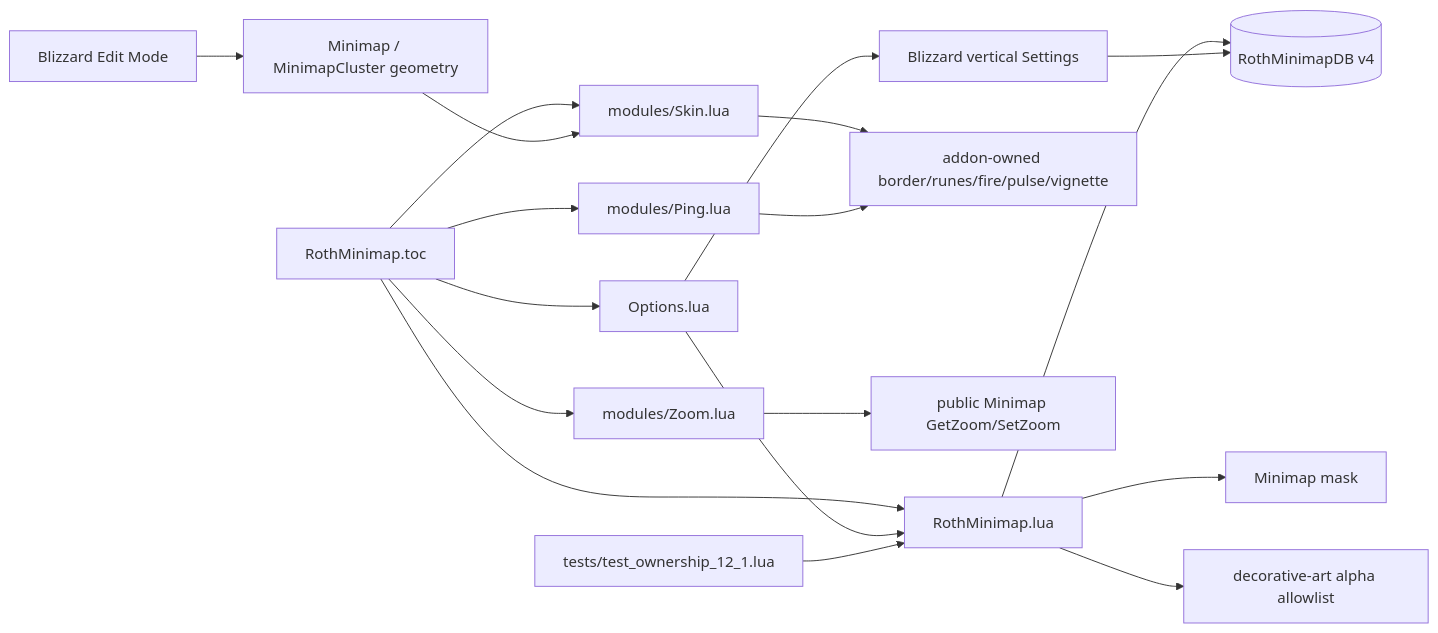
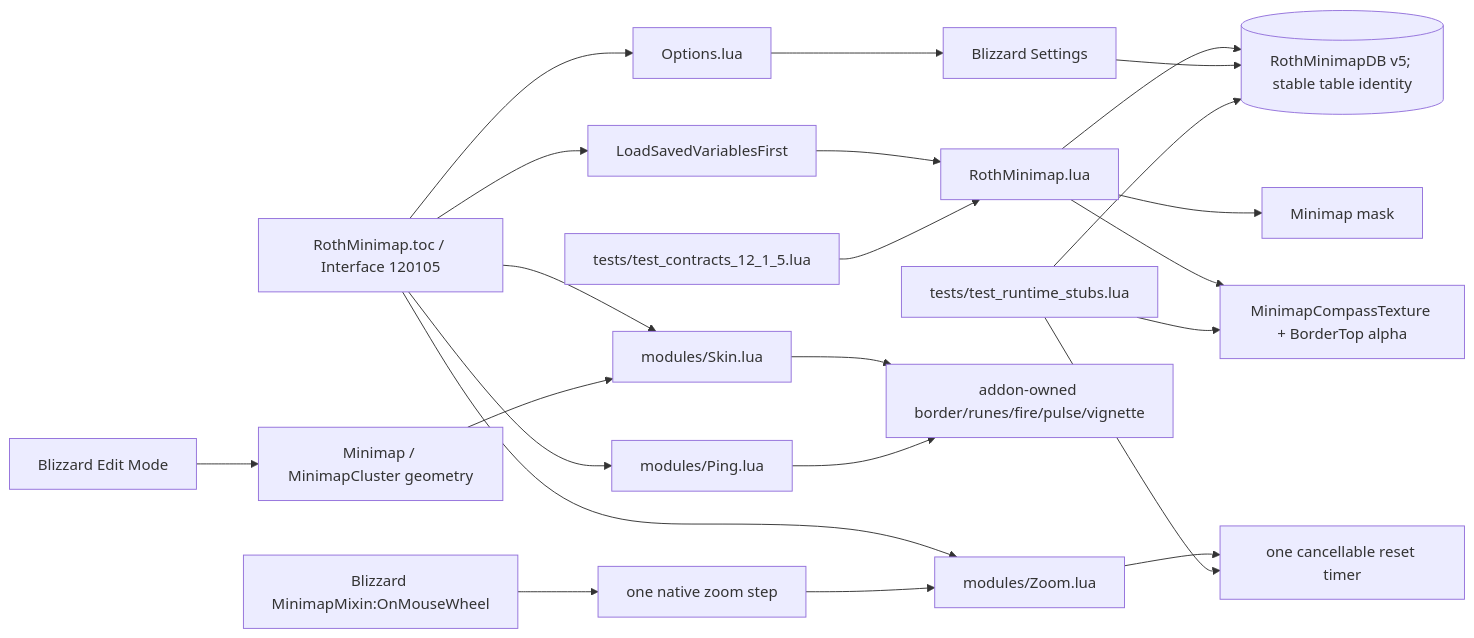
One commit to UnknownAlienHuman/roth-minimap changed the diagram in CODE_GRAPH.md. Above: the diagram before and after it, drawn with Mermaid. The commit also changed other lines of this file and 17 other files, not shown here.

Commit message:
fix: update Roth Minimap for Retail 12.1.5

````diff
--- a/CODE_GRAPH.md
+++ b/CODE_GRAPH.md
@@ -3,20 +3,29 @@
 ```mermaid
 flowchart LR
-  T["RothMinimap.toc"] --> C["RothMinimap.lua"]
+  T["RothMinimap.toc / Interface 120105"] --> SV["LoadSavedVariablesFirst"]
+  SV --> C["RothMinimap.lua"]
   T --> S["modules/Skin.lua"]
   T --> P["modules/Ping.lua"]
   T --> Z["modules/Zoom.lua"]
   T --> O["Options.lua"]
-  C --> DB[("RothMinimapDB v4")]
+
+  C --> DB[("RothMinimapDB v5; stable table identity")]
+  O --> SET["Blizzard Settings"]
+  SET --> DB
+  C --> MASK["Minimap mask"]
+  C --> ART["MinimapCompassTexture + BorderTop alpha"]
+
   E["Blizzard Edit Mode"] --> M["Minimap / MinimapCluster geometry"]
   M --> S
-  C --> MASK["Minimap mask"]
-  C --> ART["decorative-art alpha allowlist"]
   S --> OWN["addon-owned border/runes/fire/pulse/vignette"]
   P --> OWN
-  Z --> PUB["public Minimap GetZoom/SetZoom"]
-  O --> SET["Blizzard vertical Settings"]
-  SET --> DB
-  O --> C
-  X["tests/test_ownership_12_1.lua"] --> C
+
+  W["Blizzard MinimapMixin:OnMouseWheel"] --> STEP["one native zoom step"]
+  STEP --> Z
+  Z --> RESET["one cancellable reset timer"]
+
+  TS["tests/test_contracts_12_1_5.lua"] --> C
+  TR["tests/test_runtime_stubs.lua"] --> DB
+  TR --> ART
+  TR --> RESET
 ```
````
